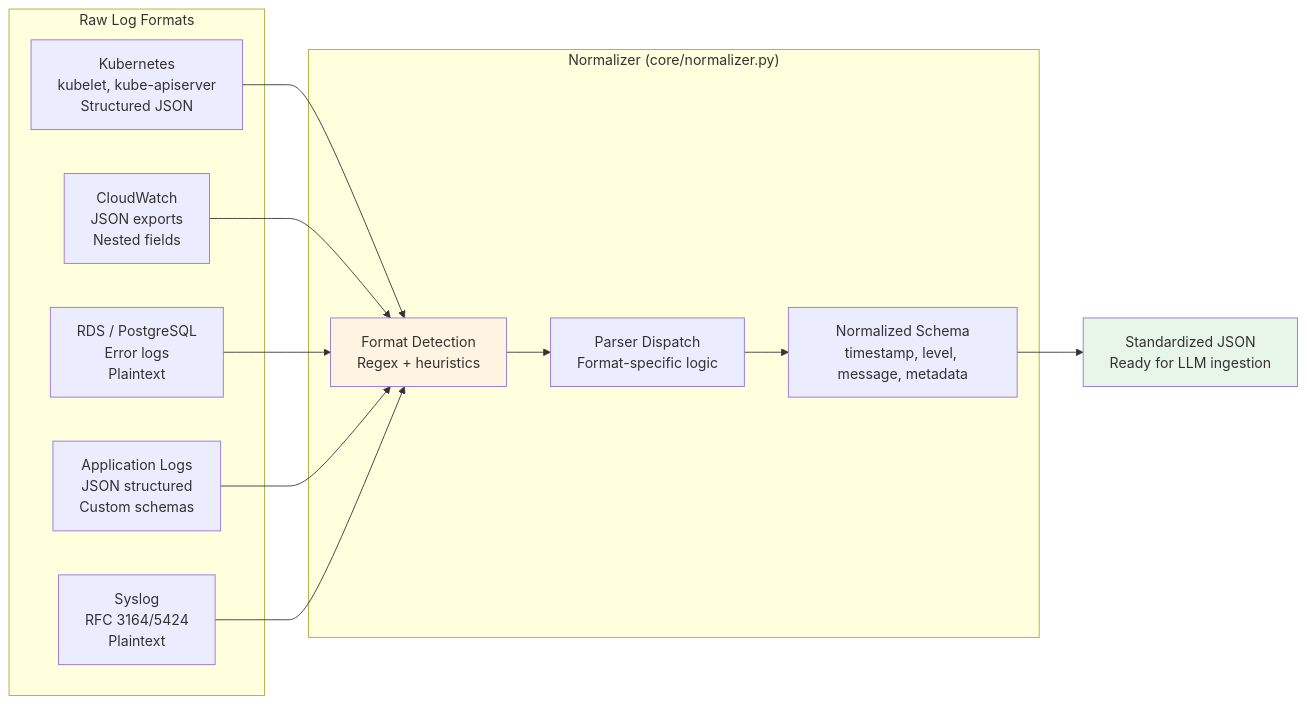
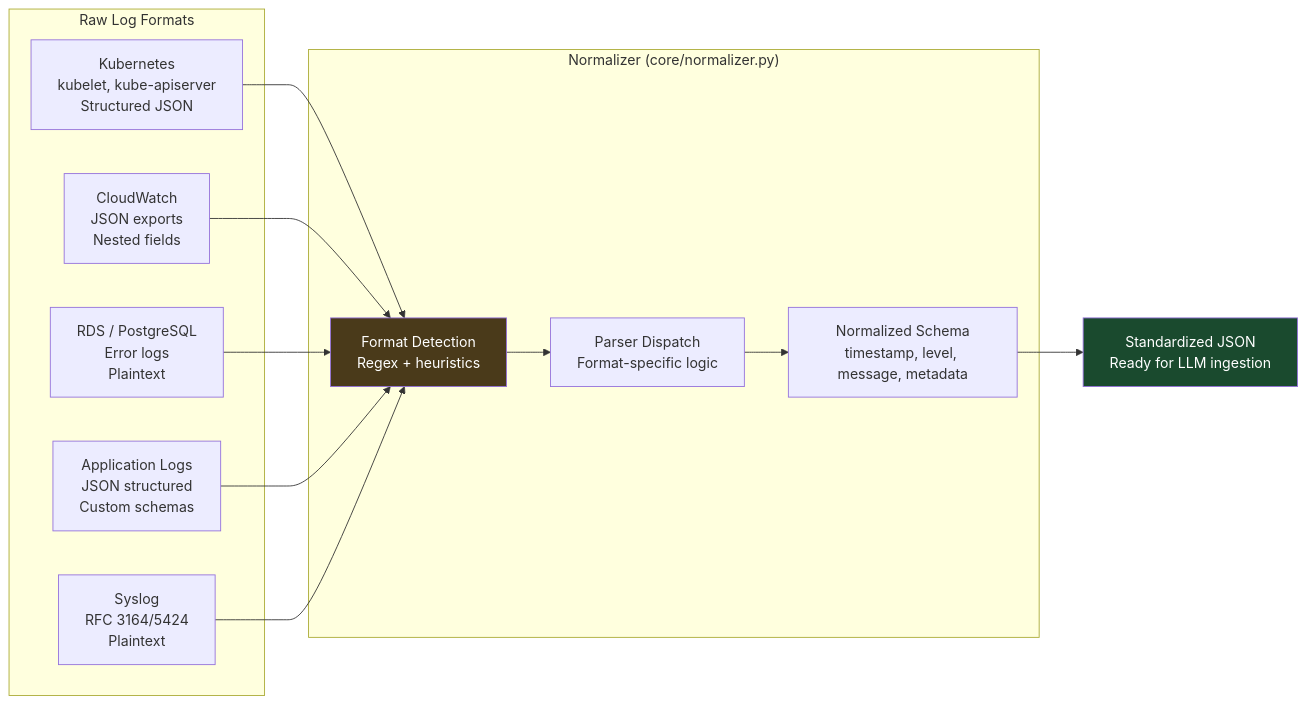
Diagram 13 of 16 in README.md (nasim-raj-laskar/InfraMind), drawn with Mermaid before and after one commit. The commit also changed other lines of this file and 1 other file, not shown here.

````diff
--- a/README.md
+++ b/README.md
@@ -821,30 +797,30 @@
 ```mermaid
 graph LR
     subgraph "Raw Log Formats"
         K8S["Kubernetes<br/>kubelet, kube-apiserver<br/>Structured JSON"]
         CW["CloudWatch<br/>JSON exports<br/>Nested fields"]
         RDS["RDS / PostgreSQL<br/>Error logs<br/>Plaintext"]
         APP["Application Logs<br/>JSON structured<br/>Custom schemas"]
         SYSLOG["Syslog<br/>RFC 3164/5424<br/>Plaintext"]
     end
     
     subgraph "Normalizer (core/normalizer.py)"
         DETECT["Format Detection<br/>Regex + heuristics"]
         PARSE["Parser Dispatch<br/>Format-specific logic"]
         NORM["Normalized Schema<br/>timestamp, level, message, metadata"]
     end
     
     K8S --> DETECT
     CW --> DETECT
     RDS --> DETECT
     APP --> DETECT
     SYSLOG --> DETECT
     
     DETECT --> PARSE
     PARSE --> NORM
     
     NORM --> OUTPUT["Standardized JSON<br/>Ready for LLM ingestion"]
     
-    style DETECT fill:#fff4e1
-    style OUTPUT fill:#e8f5e9
+    style DETECT fill:#4a3a1a,color:#fff
+    style OUTPUT fill:#1a4a2e,color:#fff
 ```
````
